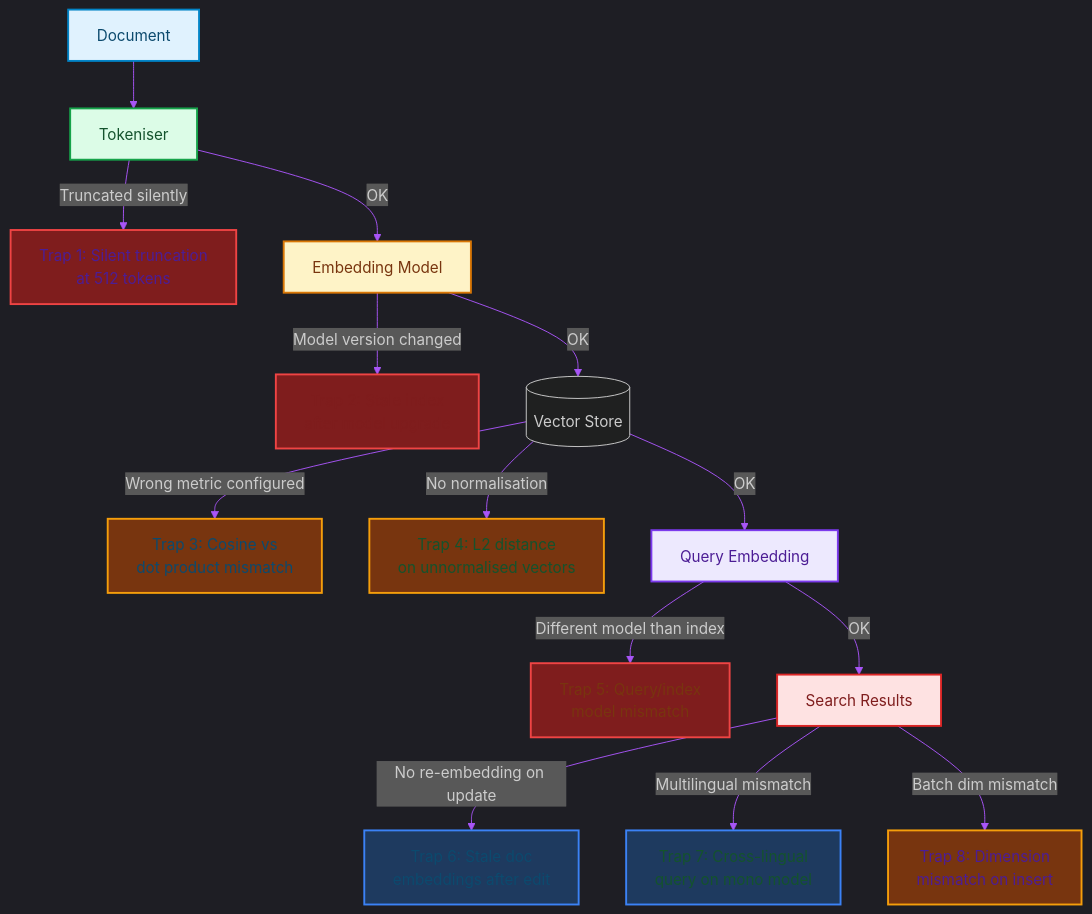
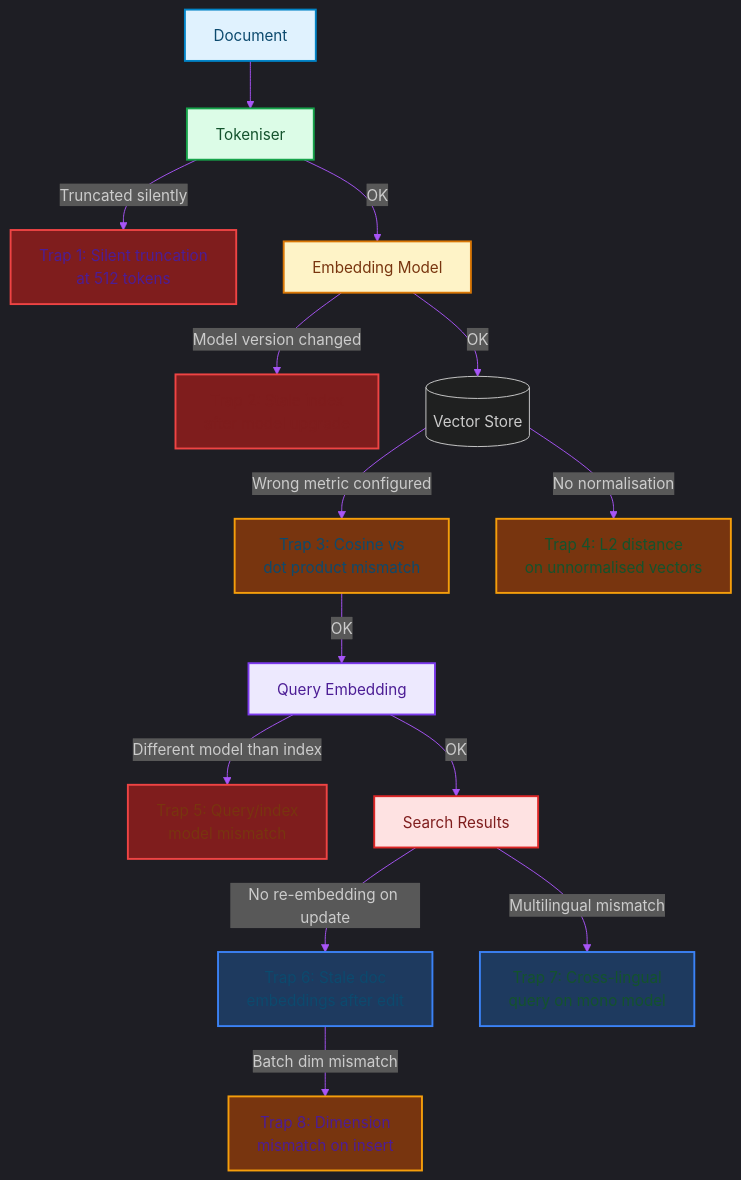
Before and after one commit to akmalkhaniub/akmalkhaniub.github.io: the diagram in blog/posts/vector-embeddings-production-traps.md, drawn with Mermaid. The commit also changed other lines of this file and 894 other files, not shown here.

Commit message:
feat(blog): upgrade all 444 posts with unique staggered dates, 2-col Mermaid spines, benchmark tables, code blocks, and trade-offs

````diff
--- a/blog/posts/vector-embeddings-production-traps.md
+++ b/blog/posts/vector-embeddings-production-traps.md
@@ -19,41 +19,41 @@
 ```mermaid
 %%{init: {'theme': 'dark', 'themeVariables': { 'primaryColor': '#a855f7', 'primaryTextColor': '#f3f4f6', 'primaryBorderColor': '#c084fc', 'lineColor': '#a855f7', 'secondaryColor': '#111827', 'tertiaryColor': '#0f172a'}}}%%
 flowchart TD
     D["Document"] --> T["Tokeniser"]
     T -->|Truncated silently| F1[" Trap 1: Silent truncation<br/>at 512 tokens"]
     T -->|OK| E["Embedding Model"]
     
     E -->|Model version changed| F2[" Trap 2: Stale index<br/>after model upgrade"]
     E -->|OK| V[(Vector Store)]
     
     V -->|Wrong metric configured| F3[" Trap 3: Cosine vs<br/>dot product mismatch"]
     V -->|No normalisation| F4[" Trap 4: L2 distance<br/>on unnormalised vectors"]
-    V -->|OK| Q["Query Embedding"]
+    F3 --> |OK| Q["Query Embedding"]
     
     Q -->|Different model than index| F5[" Trap 5: Query/index<br/>model mismatch"]
     Q -->|OK| R["Search Results"]
     
     R -->|No re-embedding on update| F6[" Trap 6: Stale doc<br/>embeddings after edit"]
     R -->|Multilingual mismatch| F7[" Trap 7: Cross-lingual<br/>query on mono model"]
-    R -->|Batch dim mismatch| F8[" Trap 8: Dimension<br/>mismatch on insert"]
+    F6 --> |Batch dim mismatch| F8[" Trap 8: Dimension<br/>mismatch on insert"]
 
     style F1 fill:#7f1d1d,stroke:#ef4444,stroke-width:2px
     style F2 fill:#7f1d1d,stroke:#ef4444,stroke-width:2px
     style F3 fill:#78350f,stroke:#f59e0b,stroke-width:2px
     style F4 fill:#78350f,stroke:#f59e0b,stroke-width:2px
     style F5 fill:#7f1d1d,stroke:#ef4444,stroke-width:2px
     style F6 fill:#1e3a5f,stroke:#3b82f6,stroke-width:2px
     style F7 fill:#1e3a5f,stroke:#3b82f6,stroke-width:2px
     style F8 fill:#78350f,stroke:#f59e0b,stroke-width:2px
 
 classDef green fill:#dcfce7,stroke:#16a34a,stroke-width:2px,color:#14532d;
 classDef red fill:#fee2e2,stroke:#dc2626,stroke-width:2px,color:#7f1d1d;
 classDef blue fill:#e0f2fe,stroke:#0284c7,stroke-width:2px,color:#0c4a6e;
 classDef yellow fill:#fef3c7,stroke:#d97706,stroke-width:2px,color:#78350f;
 classDef purple fill:#ede9fe,stroke:#7c3aed,stroke-width:2px,color:#4c1d95;
 class D,F3,F6 blue
 class T,F4,F7 green
 class F1,Q,F8 purple
 class E,F5 yellow
 class F2,R red
 ```
````
